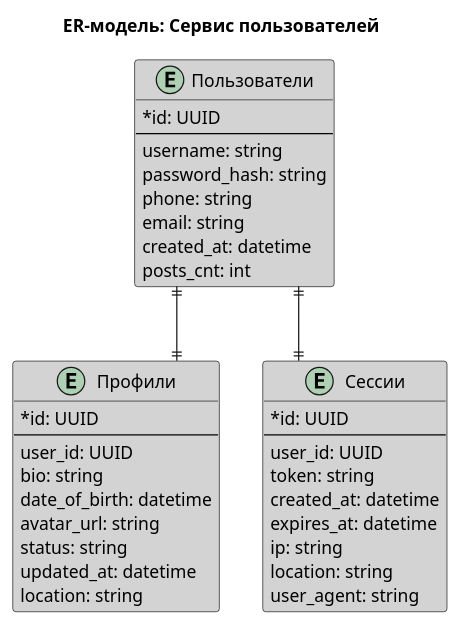
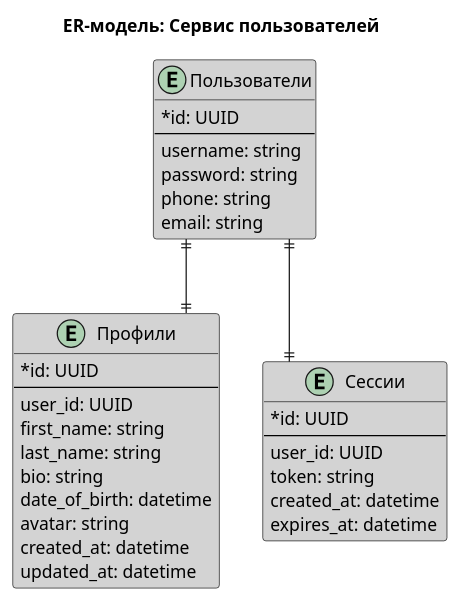
Before and after one commit to dahbka-lis/SOA: the diagram in docs/users/users.puml, drawn with PlantUML. The commit also changed 8 other files, not shown here.

```diff
--- a/docs/users/users.puml
+++ b/docs/users/users.puml
@@ -1,50 +1,46 @@
 @startuml
 
 skinparam linetype ortho
 skinparam classAttributeIconSize 0
 skinparam class {
     BackgroundColor LightGray
     BorderColor Black
 }
 
 title ER-модель: Сервис пользователей
 
 entity "Пользователи" as User {
     *id: UUID
     --
     username: string
-    password_hash: string
+    password: string
     phone: string
     email: string
-    created_at: datetime
-    posts_cnt: int
 }
 
 entity "Профили" as Profile {
     *id: UUID
     --
     user_id: UUID
+    first_name: string
+    last_name: string
     bio: string
     date_of_birth: datetime
-    avatar_url: string
-    status: string
+    avatar: string
+    created_at: datetime
     updated_at: datetime
-    location: string
 }
 
 entity "Сессии" as Session {
     *id: UUID
     --
     user_id: UUID
     token: string
     created_at: datetime
     expires_at: datetime
-    ip: string
-    location: string
-    user_agent: string
 }
 
 User ||--|| Profile
 User ||--|| Session
 
 @enduml
```
